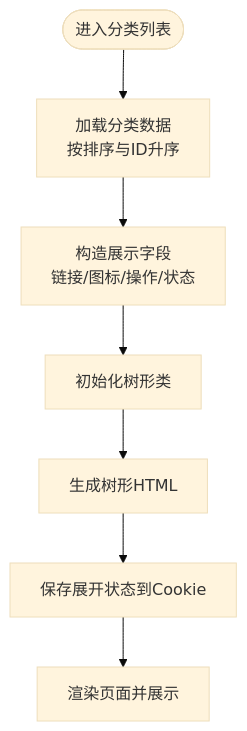
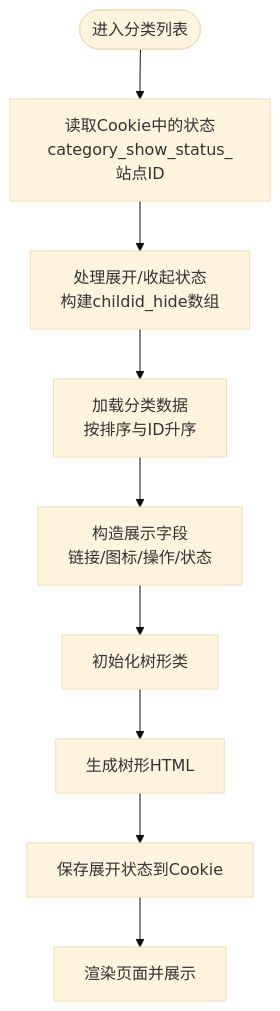
The third of 11 diagrams in .qoder/repowiki/zh/content/后台管理模块/分类管理/分类管理.md (lirongyaoper/lryblog.com), drawn with Mermaid (base theme) before and after one commit. The commit also changed other lines of this file and 8 other files, not shown here.

````diff
--- a/.qoder/repowiki/zh/content/后台管理模块/分类管理/分类管理.md
+++ b/.qoder/repowiki/zh/content/后台管理模块/分类管理/分类管理.md
@@ -128,9 +138,11 @@
 ```mermaid
 flowchart TD
-Start(["进入分类列表"]) --> LoadData["加载分类数据<br/>按排序与ID升序"]
+Start(["进入分类列表"]) --> LoadCookie["读取Cookie中的状态<br/>category_show_status_站点ID"]
+LoadCookie --> ProcessStatus["处理展开/收起状态<br/>构建childid_hide数组"]
+ProcessStatus --> LoadData["加载分类数据<br/>按排序与ID升序"]
 LoadData --> BuildFields["构造展示字段<br/>链接/图标/操作/状态"]
 BuildFields --> InitTree["初始化树形类"]
 InitTree --> RenderTree["生成树形HTML"]
 RenderTree --> SaveStatus["保存展开状态到Cookie"]
 SaveStatus --> ShowPage["渲染页面并展示"]
 ```
````
